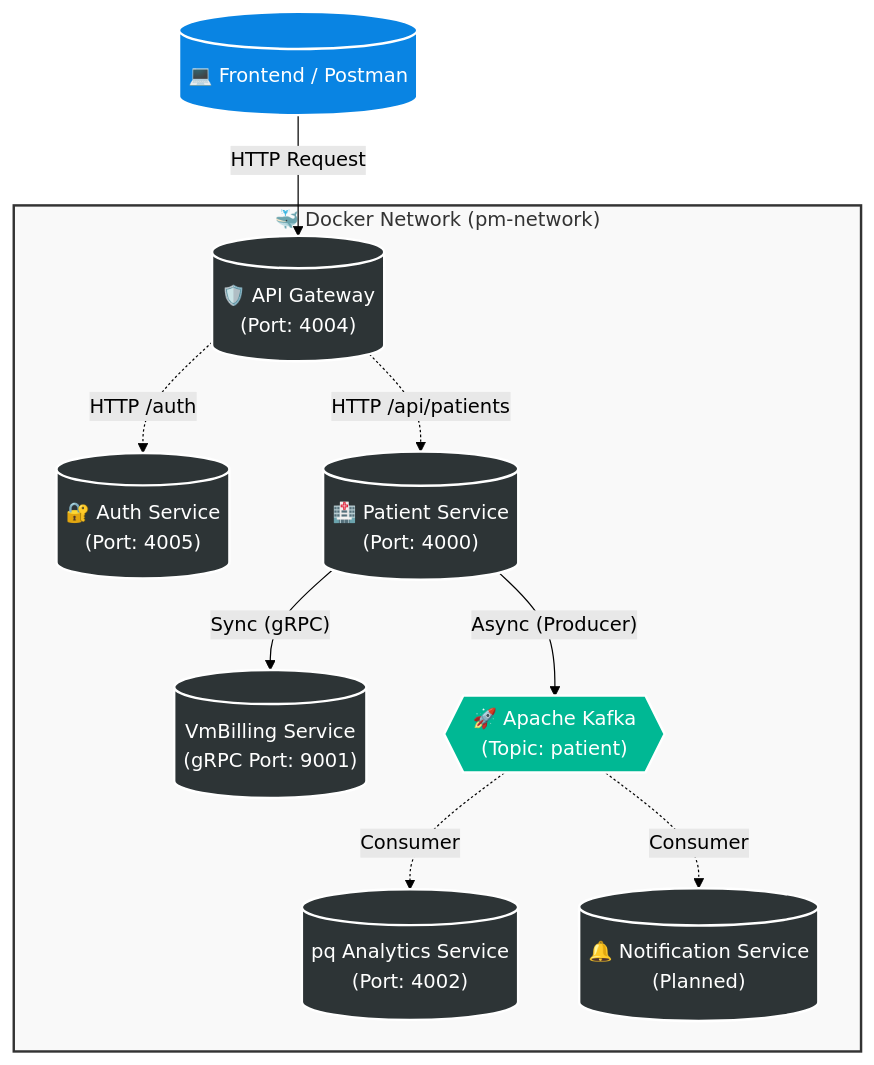
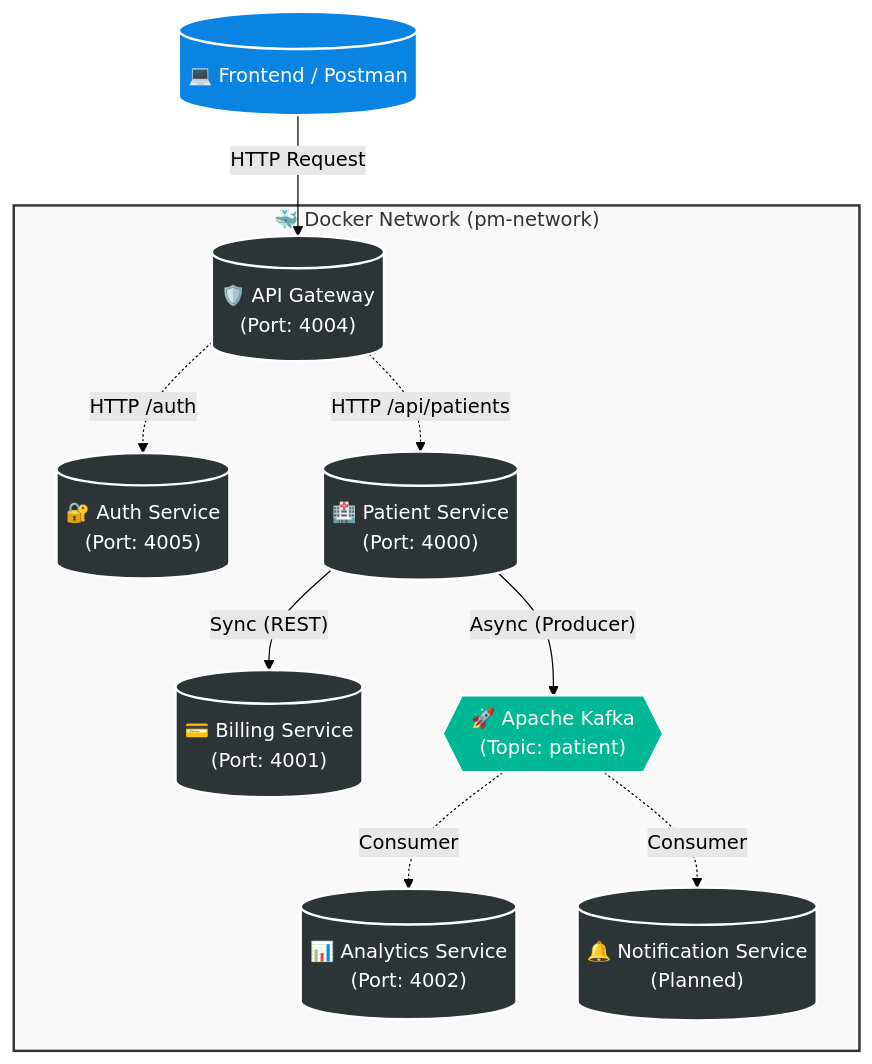
The diagram in README.md (SaumyaVerma20/healthcare-microservices-system), drawn with Mermaid (forest theme) before and after one commit. The commit also changed other lines of this file, not shown here.

````diff
--- a/README.md
+++ b/README.md
@@ -11,39 +11,39 @@
 ```mermaid
 graph TD
     subgraph Docker_Network ["🐳 Docker Network (pm-network)"]
         style Docker_Network fill:#f9f9f9,stroke:#333,stroke-width:2px
 
         %% Core Services
         Gateway[("🛡️ API Gateway<br/>(Port: 4004)")]
         Auth[("🔐 Auth Service<br/>(Port: 4005)")]
         Patient[("🏥 Patient Service<br/>(Port: 4000)")]
-        Billing[("VmBilling Service<br/>(gRPC Port: 9001)")]
+        Billing[("💳 Billing Service<br/>(Port: 4001)")]
         
         %% Event Streaming
         Kafka{{"🚀 Apache Kafka<br/>(Topic: patient)"}}
-        Analytics[("pq Analytics Service<br/>(Port: 4002)")]
+        Analytics[("📊 Analytics Service<br/>(Port: 4002)")]
         Notification[("🔔 Notification Service<br/>(Planned)")]
 
         %% Connections
         Gateway -.->|HTTP /auth| Auth
         Gateway -.->|HTTP /api/patients| Patient
         
-        Patient -- "Sync (gRPC)" --> Billing
+        Patient -- "Sync (REST)" --> Billing
         Patient -- "Async (Producer)" --> Kafka
         
         Kafka -.->|Consumer| Analytics
         Kafka -.->|Consumer| Notification
     end
 
     %% External Client
     Client[("💻 Frontend / Postman")] -->|HTTP Request| Gateway
 
     %% Styling
     classDef service fill:#2d3436,stroke:#fff,stroke-width:2px,color:#fff;
     classDef infra fill:#0984e3,stroke:#fff,stroke-width:2px,color:#fff;
     classDef kafka fill:#00b894,stroke:#fff,stroke-width:2px,color:#fff;
     
     class Gateway,Auth,Patient,Billing,Analytics,Notification service;
     class Client infra;
     class Kafka kafka;
 ```
````
